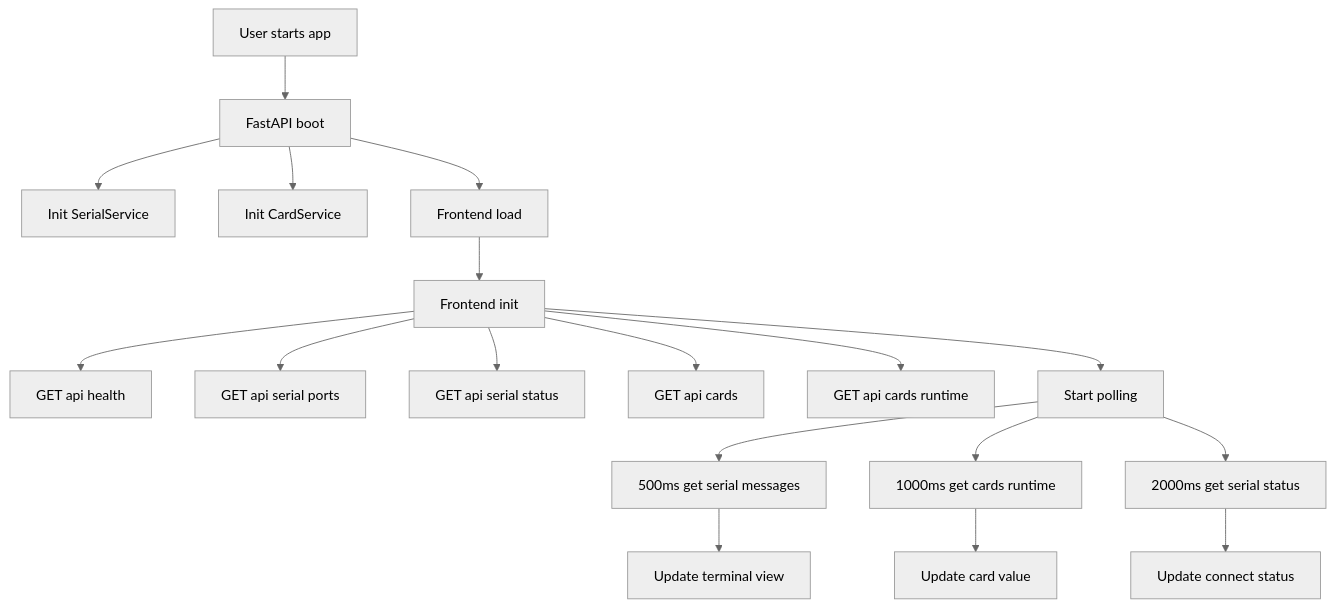
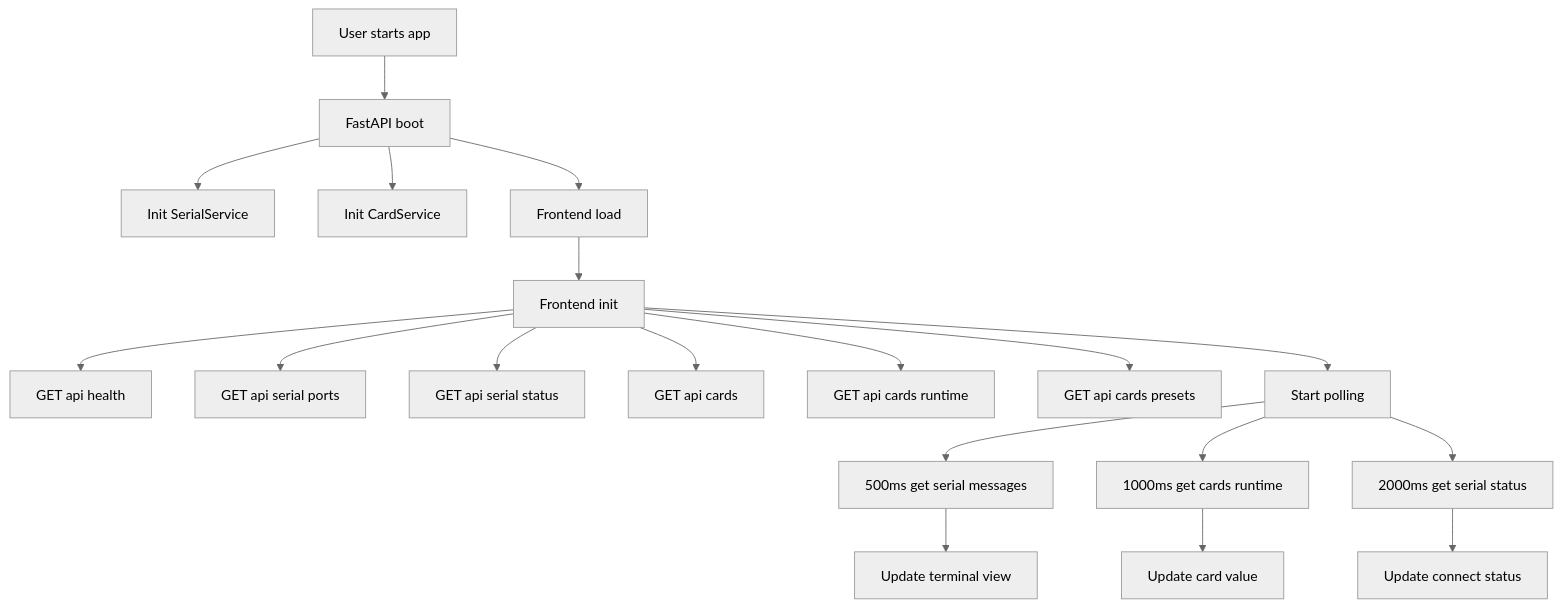
The first of 5 diagrams in docs/system_flowchart.md (neo-embbed/neo-uart), drawn with Mermaid (neutral theme) before and after one commit. The commit also changed other lines of this file and 1 other file, not shown here.

Commit message:
docs:更新README与系统流程图

````diff
--- a/docs/system_flowchart.md
+++ b/docs/system_flowchart.md
@@ -7,23 +6,24 @@
 ```mermaid
 flowchart TD
     A[User starts app] --> B[FastAPI boot]
     B --> C[Init SerialService]
     B --> D[Init CardService]
     B --> E[Frontend load]
 
     E --> F[Frontend init]
     F --> F1[GET api health]
     F --> F2[GET api serial ports]
     F --> F3[GET api serial status]
     F --> F4[GET api cards]
     F --> F5[GET api cards runtime]
+    F --> F6[GET api cards presets]
 
     F --> G[Start polling]
     G --> G1[500ms get serial messages]
     G --> G2[1000ms get cards runtime]
     G --> G3[2000ms get serial status]
 
     G1 --> H[Update terminal view]
     G2 --> I[Update card value]
     G3 --> J[Update connect status]
 ```
````
